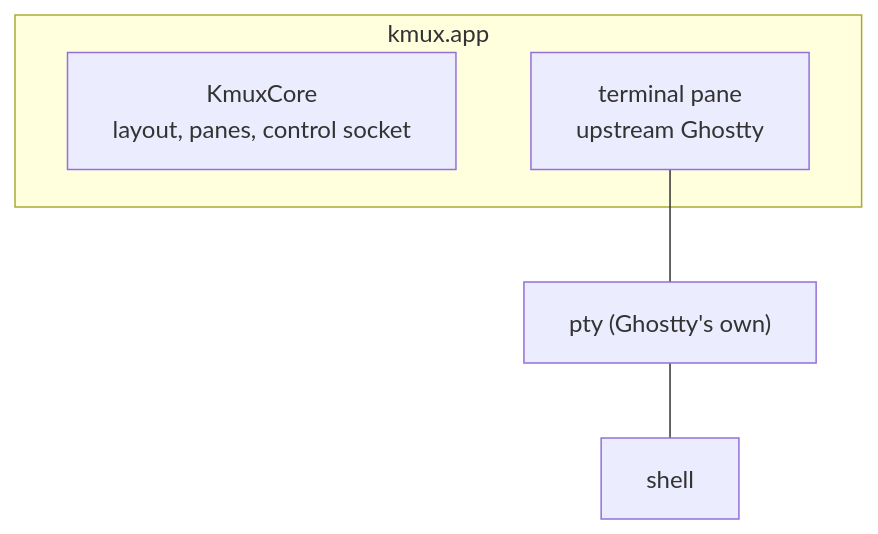
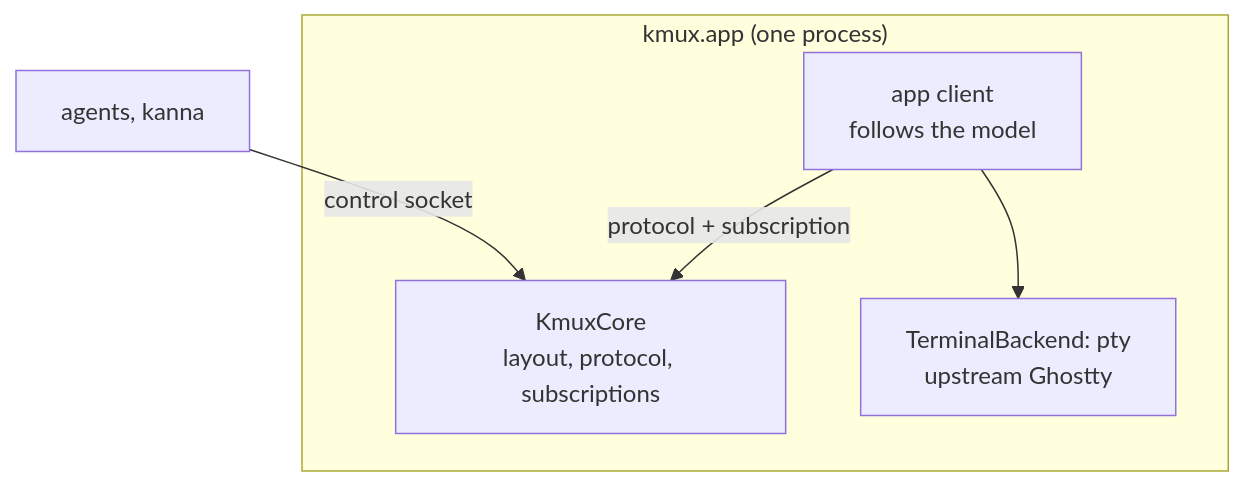
One commit to jemdiggity/kanna-v4 changed the fourth of 10 diagrams in docs/research/mux-architecture.md. Above: the diagram before and after it, drawn with Mermaid. The commit also changed other lines of this file, not shown here.

Commit message:
Mux architecture: kmux restructured as client/server, kanna-mux adds keeper and daemon terminals

````diff
--- a/docs/research/mux-architecture.md
+++ b/docs/research/mux-architecture.md
@@ -99,10 +83,11 @@
 ```mermaid
 flowchart TB
-    subgraph APP["kmux.app"]
-        CORE["KmuxCore<br/>layout, panes, control socket"]
-        S1["terminal pane<br/>upstream Ghostty"]
+    subgraph P["kmux.app (one process)"]
+        CORE["KmuxCore<br/>layout, protocol, subscriptions"]
+        CLIENT["app client<br/>follows the model"]
+        TB["TerminalBackend: pty<br/>upstream Ghostty"]
+        CLIENT -->|"protocol + subscription"| CORE
+        CLIENT --> TB
     end
-    PTY["pty (Ghostty's own)"]
-    SH["shell"]
-    S1 --- PTY --- SH
+    AG["agents, kanna"] -->|"control socket"| CORE
 ```
````
